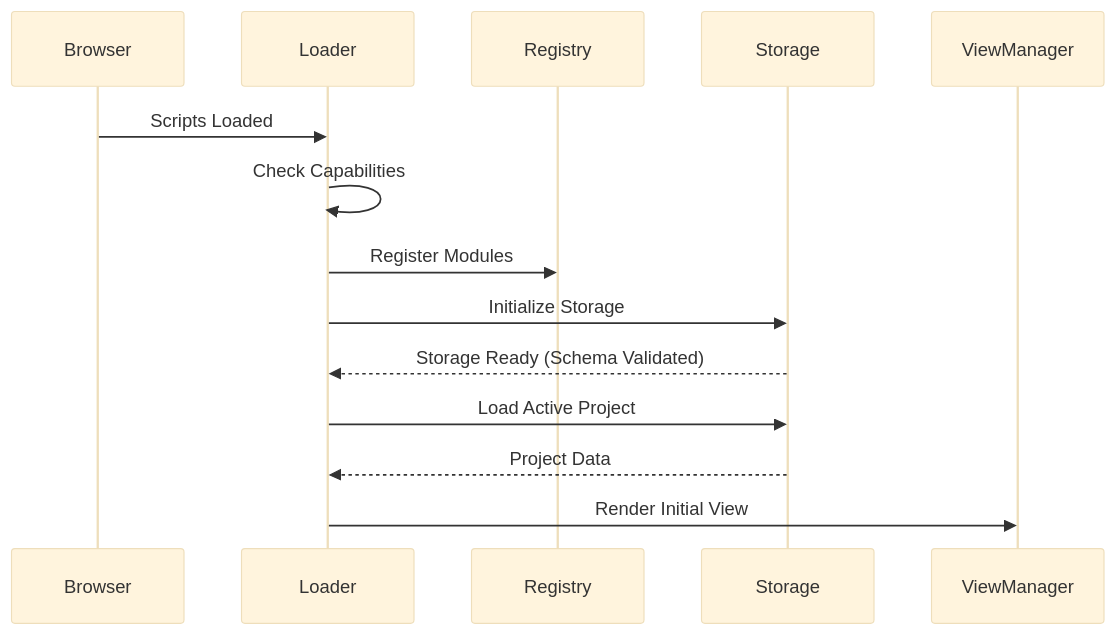
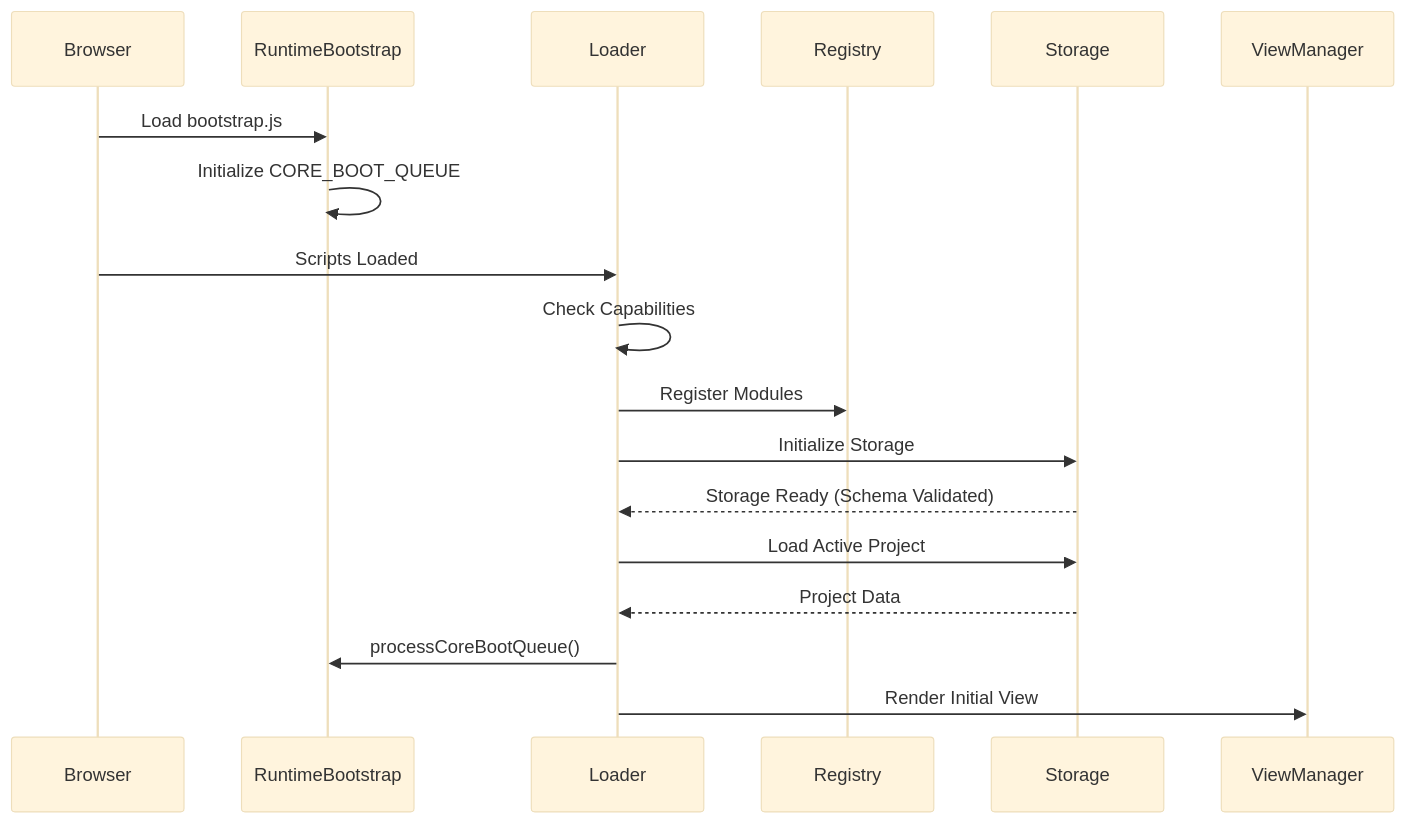
Before and after one commit to Hugo9809/cine-power-planner: the first of 5 diagrams in docs/dev/codebase-overview.md, drawn with Mermaid (base theme). The commit also changed other lines of this file and 273 other files, not shown here.

````diff
--- a/docs/dev/codebase-overview.md
+++ b/docs/dev/codebase-overview.md
@@ -76,17 +130,21 @@
 ```mermaid
 sequenceDiagram
     participant B as Browser
+    participant RB as RuntimeBootstrap
     participant L as Loader
     participant R as Registry
     participant S as Storage
     participant UI as ViewManager
 
+    B->>RB: Load bootstrap.js
+    RB->>RB: Initialize CORE_BOOT_QUEUE
     B->>L: Scripts Loaded
     L->>L: Check Capabilities
     L->>R: Register Modules
     L->>S: Initialize Storage
     S-->>L: Storage Ready (Schema Validated)
     L->>S: Load Active Project
     S-->>L: Project Data
+    L->>RB: processCoreBootQueue()
     L->>UI: Render Initial View
 ```
````
